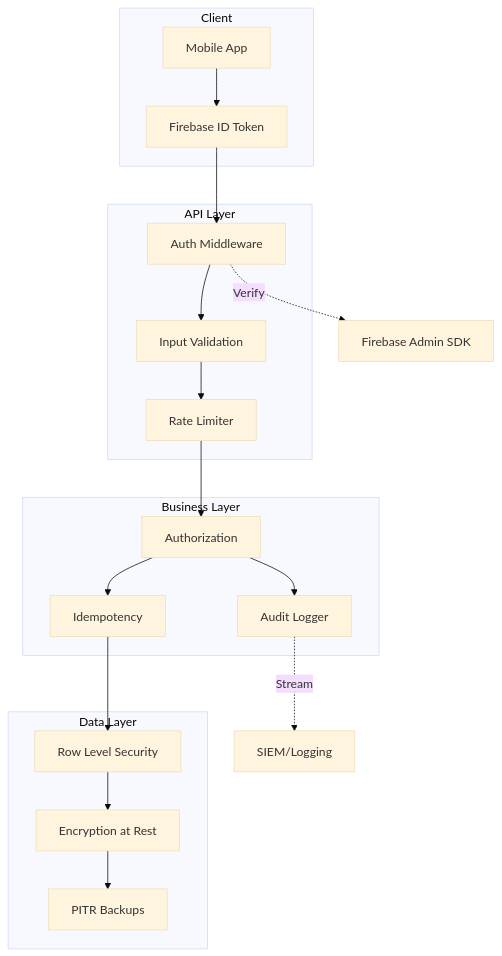
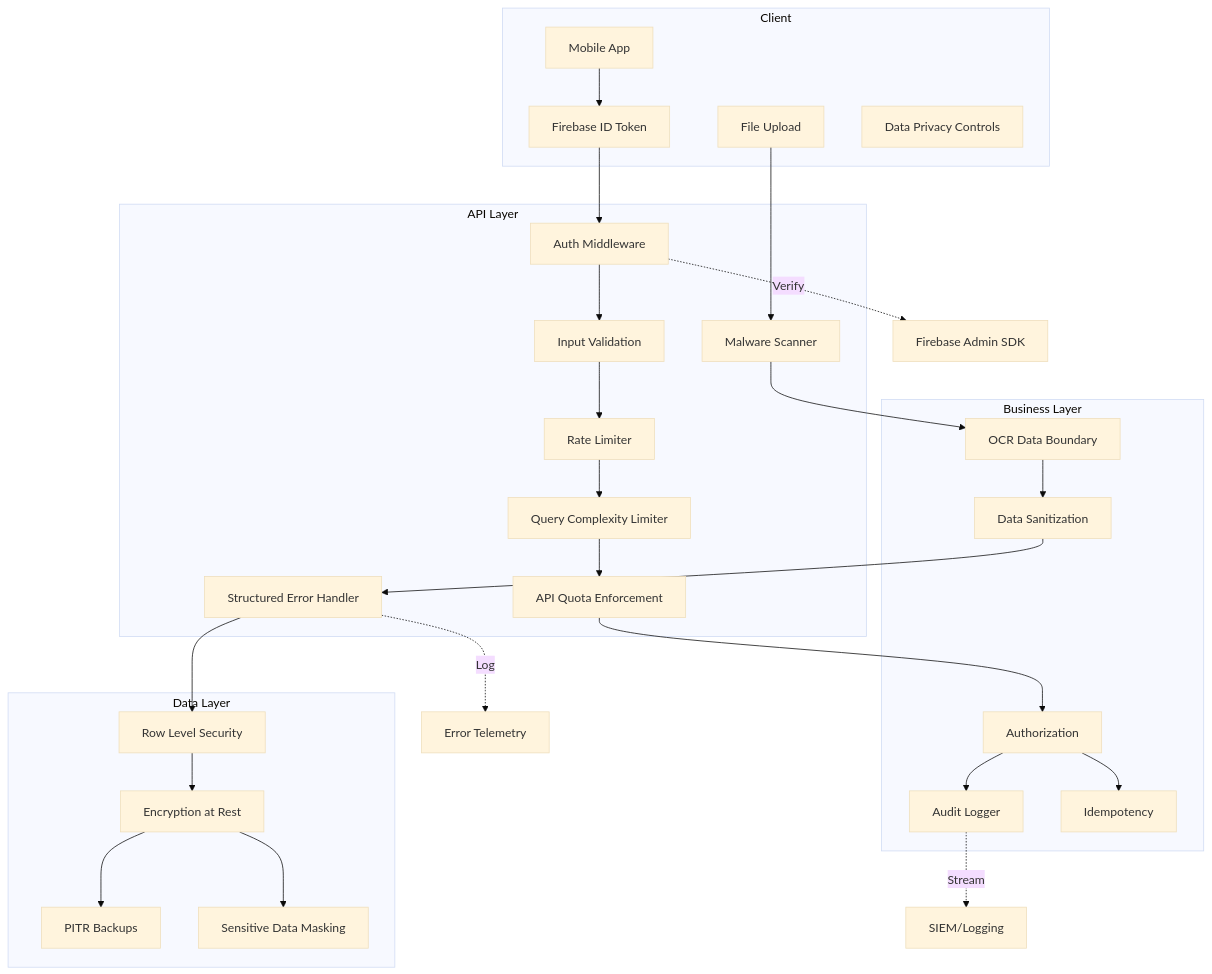
Before and after one commit to fernandobandeira/djinn: the diagram in docs/architecture/diagrams/07-security-layers.md, drawn with Mermaid (base theme). The commit also changed other lines of this file and 25 other files, not shown here.

First line of the commit message:
feat: Complete architecture diagram coverage for all ADRs

````diff
--- a/docs/architecture/diagrams/07-security-layers.md
+++ b/docs/architecture/diagrams/07-security-layers.md
@@ -3,39 +3,56 @@
 ```mermaid
 graph TB
     subgraph "Client"
         App[Mobile App]
         Token[Firebase ID Token]
+        Upload[File Upload]
+        Privacy[Data Privacy Controls]
     end
     
     subgraph "API Layer"
         MW[Auth Middleware]
         Val[Input Validation]
         RL[Rate Limiter]
+        QC[Query Complexity Limiter]
+        Quota[API Quota Enforcement]
+        Scan[Malware Scanner]
+        ErrH[Structured Error Handler]
     end
     
     subgraph "Business Layer"
         Auth[Authorization]
         Audit[Audit Logger]
         Idemp[Idempotency]
+        OCR[OCR Data Boundary]
+        Sanitize[Data Sanitization]
     end
     
     subgraph "Data Layer"
         RLS[Row Level Security]
         Encrypt[Encryption at Rest]
         Backup[PITR Backups]
+        Mask[Sensitive Data Masking]
     end
     
     App --> Token
     Token --> MW
     MW --> Val
     Val --> RL
-    RL --> Auth
+    RL --> QC
+    QC --> Quota
+    Quota --> Auth
     Auth --> Audit
     Auth --> Idemp
-    Idemp --> RLS
+    Upload --> Scan
+    Scan --> OCR
+    OCR --> Sanitize
+    Sanitize --> ErrH
+    ErrH --> RLS
     RLS --> Encrypt
     Encrypt --> Backup
+    Encrypt --> Mask
     
     MW -.-> |Verify| FB[Firebase Admin SDK]
     Audit -.-> |Stream| SIEM[SIEM/Logging]
+    ErrH -.-> |Log| Telemetry[Error Telemetry]
 ```
````
